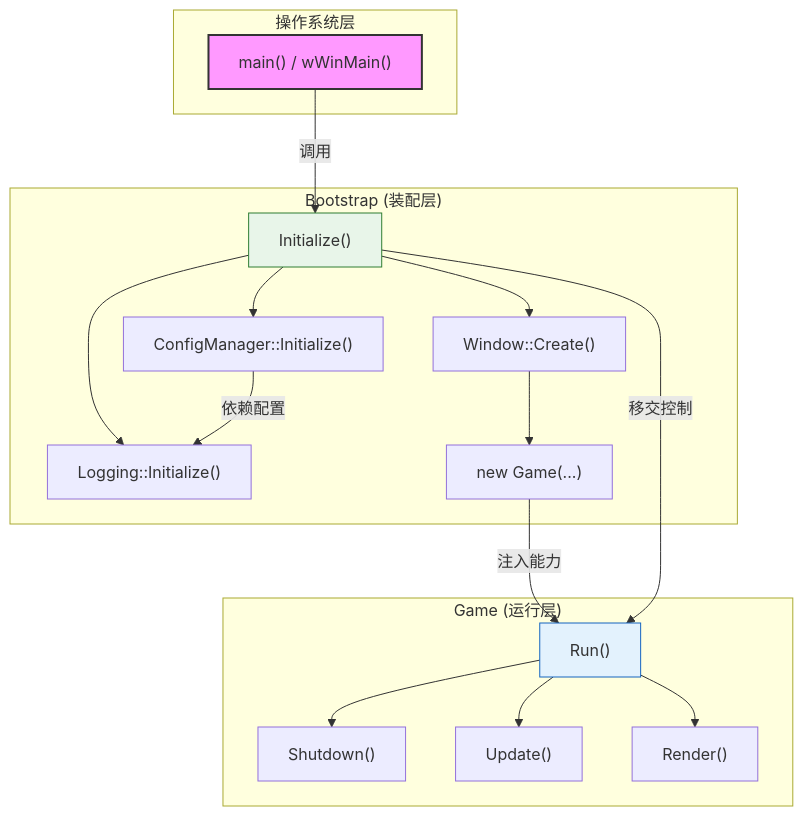
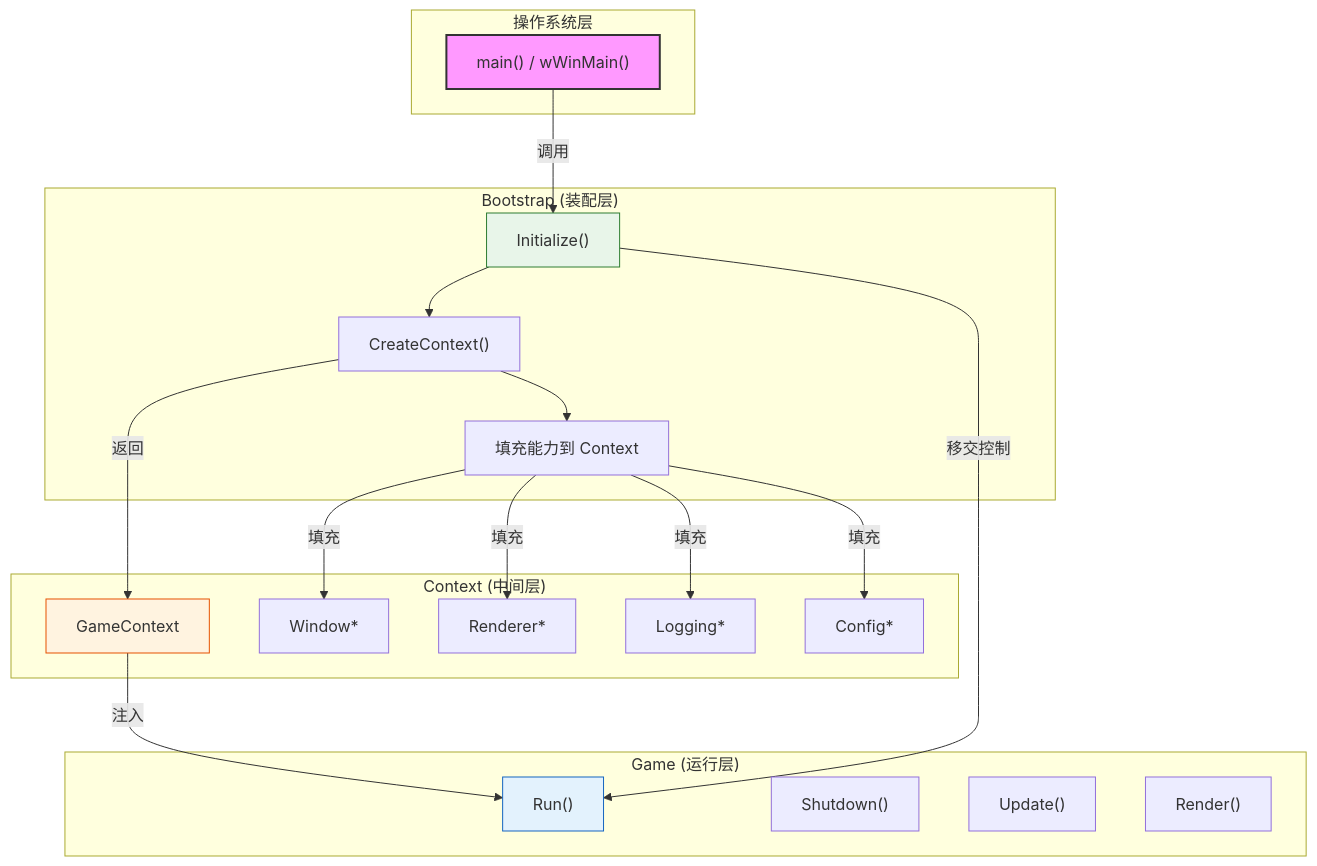
One commit to Gunxzq/DX12_Base changed the first of 5 diagrams in Docs/Engine/Bootstrap.md. Above: the diagram before and after it, drawn with Mermaid. The commit also changed other lines of this file and 2 other files, not shown here.

````diff
--- a/Docs/Engine/Bootstrap.md
+++ b/Docs/Engine/Bootstrap.md
@@ -52,38 +67,44 @@
 ```mermaid
 graph TB
     subgraph "操作系统层"
         A["main() / wWinMain()"]
     end
 
     subgraph "Bootstrap (装配层)"
         B["Initialize()"]
-        C["ConfigManager::Initialize()"]
-        D["Logging::Initialize()"]
-        E["Window::Create()"]
-        F["new Game(...)"]
+        C["CreateContext()"]
+        D["填充能力到 Context"]
+    end
+
+    subgraph "Context (中间层)"
+        E["GameContext"]
+        E1["Window*"]
+        E2["Renderer*"]
+        E3["Logging*"]
+        E4["Config*"]
     end
 
     subgraph "Game (运行层)"
         G["Run()"]
         H["Shutdown()"]
         I["Update()"]
         J["Render()"]
     end
 
     A -->|"调用"| B
     B --> C
-    B --> D
-    B --> E
-    C -->|"依赖配置"| D
-    E --> F
-    F -->|"注入能力"| G
+    C --> D
+    D -->|"填充"| E1
+    D -->|"填充"| E2
+    D -->|"填充"| E3
+    D -->|"填充"| E4
+
+    C -->|"返回"| E
+    E -->|"注入"| G
     B -->|"移交控制"| G
-
-    G --> I
-    G --> J
-    G --> H
 
     style A fill:#f9f,stroke:#333,stroke-width:2px
     style B fill:#e8f5e9,stroke:#2e7d32
+    style E fill:#fff3e0,stroke:#e65100
     style G fill:#e3f2fd,stroke:#1565c0
 ```
````
